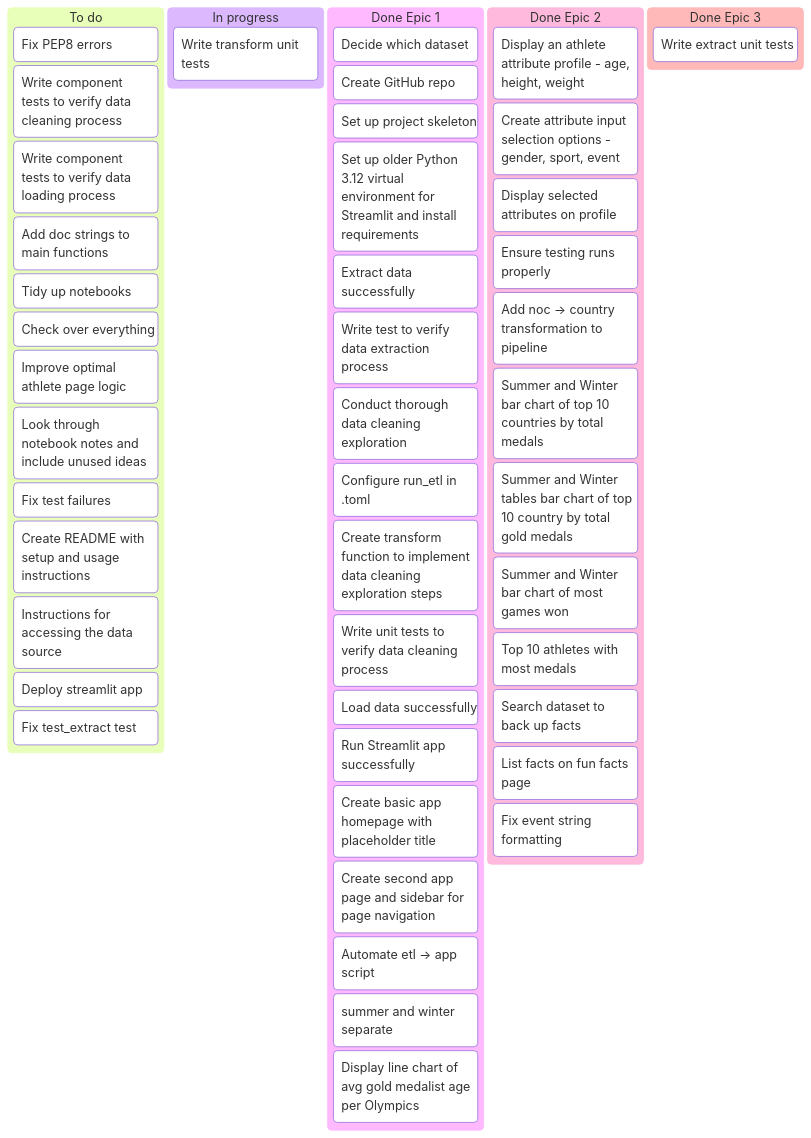
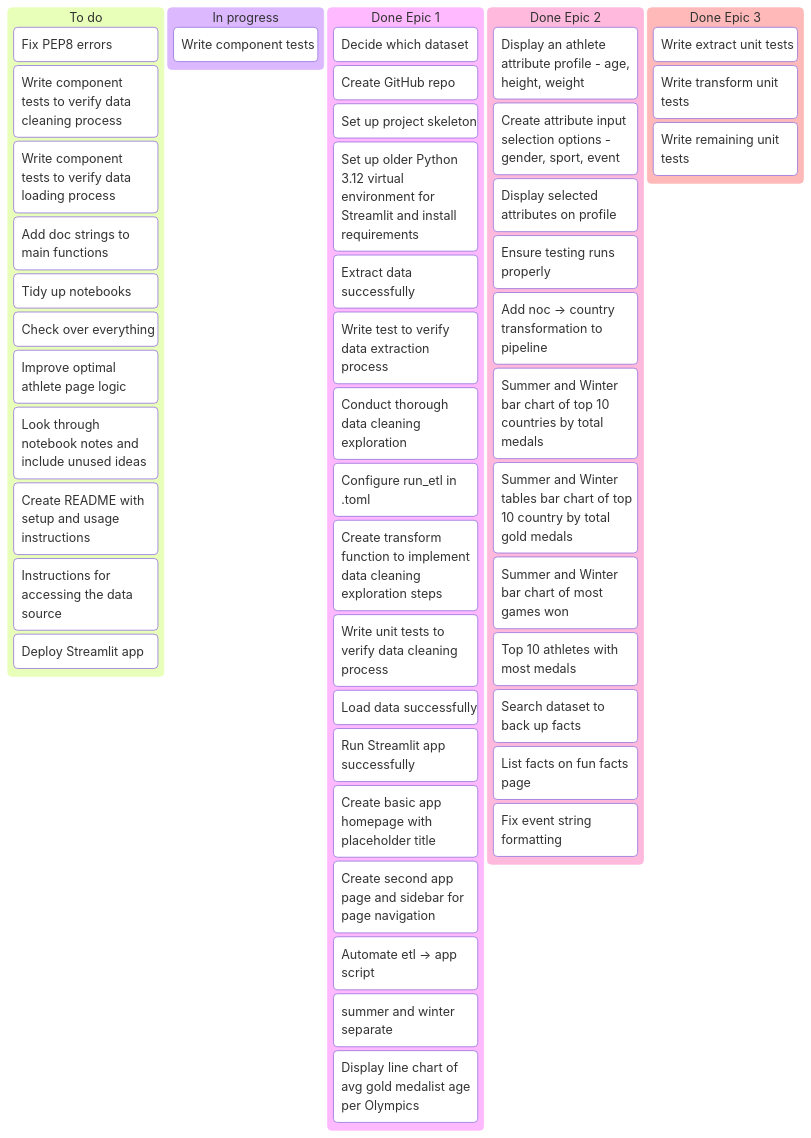
One commit to RonanD10/capstone-project changed the first of 2 diagrams in docs/kanban.md. Above: the diagram before and after it, drawn with Mermaid. The commit also changed other lines of this file and 9 other files, not shown here.

Commit message:
Added unit tests

````diff
--- a/docs/kanban.md
+++ b/docs/kanban.md
@@ -3,58 +3,58 @@
 ```mermaid
 kanban
     To do
         Fix PEP8 errors
         Write component tests to verify data cleaning process  
         Write component tests to verify data loading process 
         Add doc strings to main functions
         Tidy up notebooks
         Check over everything       
         Improve optimal athlete page logic 
         Look through notebook notes and include unused ideas
-        Fix test failures 
         Create README with setup and usage instructions
         Instructions for accessing the data source
-        Deploy streamlit app 
-        Fix test_extract test
+        Deploy Streamlit app 
 
     In progress
-        Write transform unit tests
+        Write component tests 
 
 
     Done Epic 1
         Decide which dataset
         Create GitHub repo 
         Set up project skeleton
         Set up older Python 3.12 virtual environment for Streamlit and install requirements
         Extract data successfully
         Write test to verify data extraction process
         Conduct thorough data cleaning exploration
         Configure run_etl in .toml
         Create transform function to implement data cleaning exploration steps
         Write unit tests to verify data cleaning process 
         Load data successfully
         Run Streamlit app successfully
         Create basic app homepage with placeholder title
         Create second app page and sidebar for page navigation
         Automate etl -> app script
         Display ordered bar chart of avg age per event (summer and winter separate)
         Display line chart of avg gold medalist age per Olympics
 
     Done Epic 2 
         Display an athlete attribute profile - age, height, weight
         Create attribute input selection options - gender, sport, event
         Display selected attributes on profile 
         Ensure testing runs properly
         Add noc -> country transformation to pipeline 
         Summer and Winter bar chart of top 10 countries by total medals
         Summer and Winter tables bar chart of top 10 country by total gold medals
         Summer and Winter bar chart of most games won
         Top 10 athletes with most medals
         Search dataset to back up facts
         List facts on fun facts page
         Fix event string formatting
     
     Done Epic 3
-        Write extract unit tests 
+        Write extract unit tests
+        Write transform unit tests
+        Write remaining unit tests 
 
 ```
````
